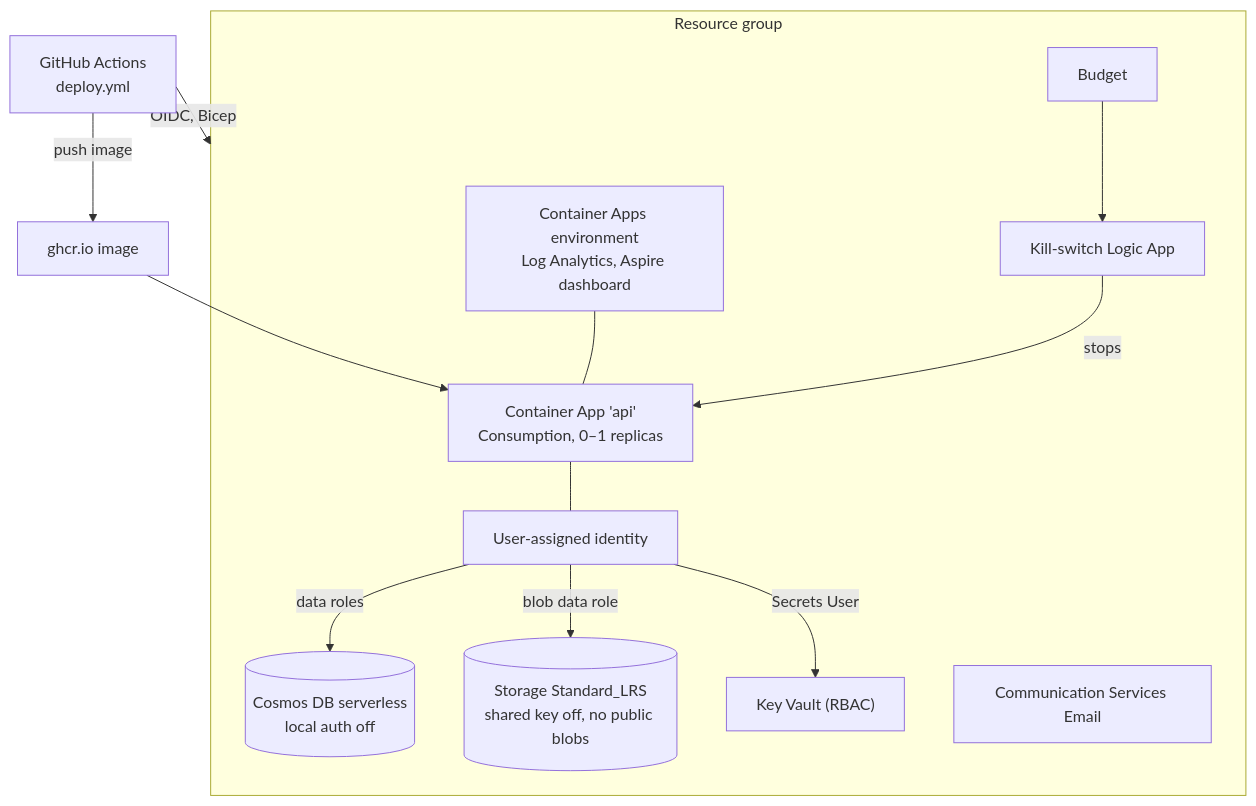
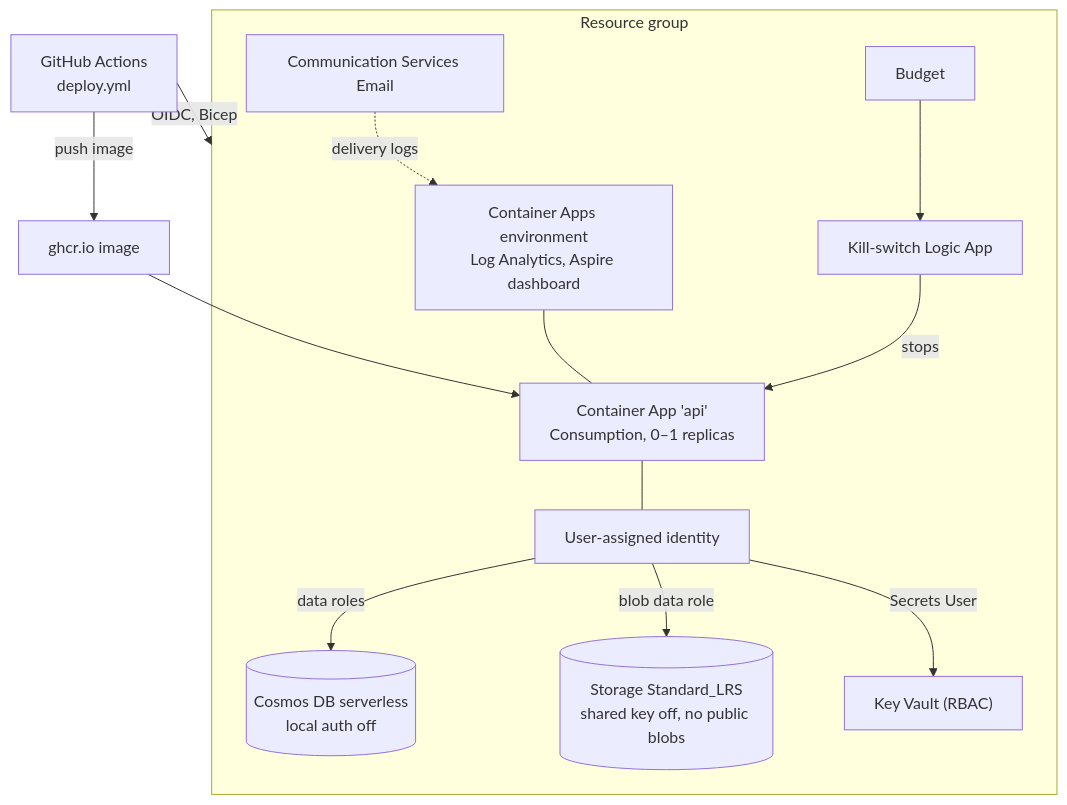
Before and after one commit to estebanl/escribot: the third of 3 diagrams in docs/architecture.md, drawn with Mermaid. The commit also changed other lines of this file and 3 other files, not shown here.

First line of the commit message:
Send Communication Services email delivery logs to Log Analytics (#67)

````diff
--- a/docs/architecture.md
+++ b/docs/architecture.md
@@ -212,22 +212,23 @@
 ```mermaid
 flowchart TB
     gh["GitHub Actions<br/>deploy.yml"] -->|push image| ghcr["ghcr.io image"]
     gh -->|OIDC, Bicep| rg
     subgraph rg["Resource group"]
         env["Container Apps environment<br/>Log Analytics, Aspire dashboard"]
         app["Container App 'api'<br/>Consumption, 0–1 replicas"]
         id["User-assigned identity"]
         cosmos[("Cosmos DB serverless<br/>local auth off")]
         st[("Storage Standard_LRS<br/>shared key off, no public blobs")]
         kv["Key Vault (RBAC)"]
         acs["Communication Services Email"]
         budget["Budget"] --> ks["Kill-switch Logic App"]
     end
     ghcr --> app
     env --- app
     app --- id
     id -->|data roles| cosmos
     id -->|blob data role| st
     id -->|Secrets User| kv
     ks -->|stops| app
+    acs -.->|delivery logs| env
 ```
````
